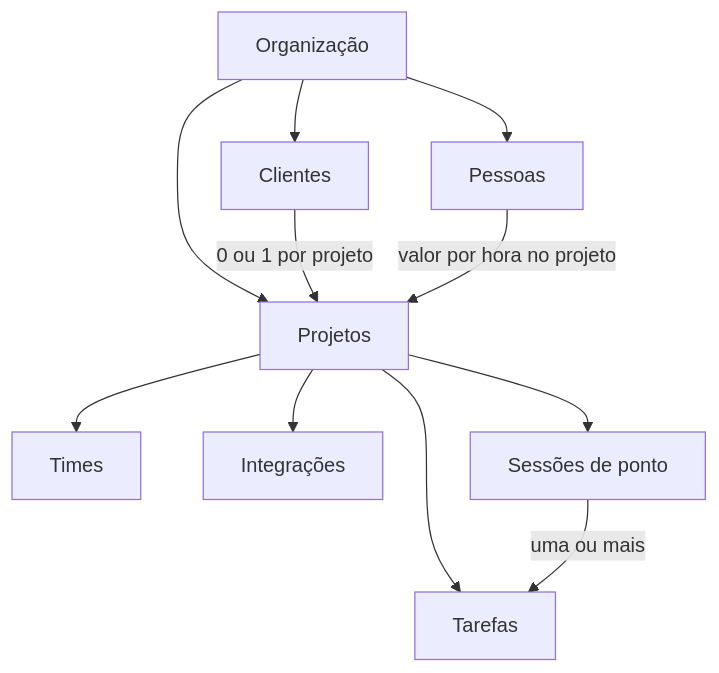
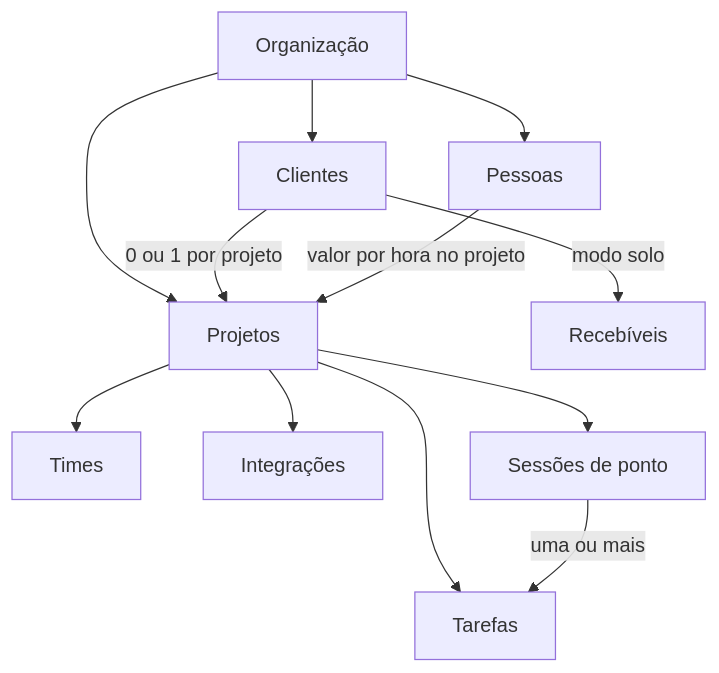
The first of 2 diagrams in _docs/product/overview.md (itallovidal/working-time-tracker), drawn with Mermaid before and after one commit. The commit also changed other lines of this file and 137 other files, not shown here.

````diff
--- a/_docs/product/overview.md
+++ b/_docs/product/overview.md
@@ -12,13 +12,14 @@
 ```mermaid
 flowchart TD
   O["Organização"] --> C["Clientes"]
   O --> P["Pessoas"]
   O --> PR["Projetos"]
   C -->|"0 ou 1 por projeto"| PR
+  C -->|"modo solo"| R["Recebíveis"]
   P -->|"valor por hora no projeto"| PR
   PR --> T["Times"]
   PR --> TK["Tarefas"]
   PR --> I["Integrações"]
   PR --> S["Sessões de ponto"]
   S -->|"uma ou mais"| TK
 ```
````
